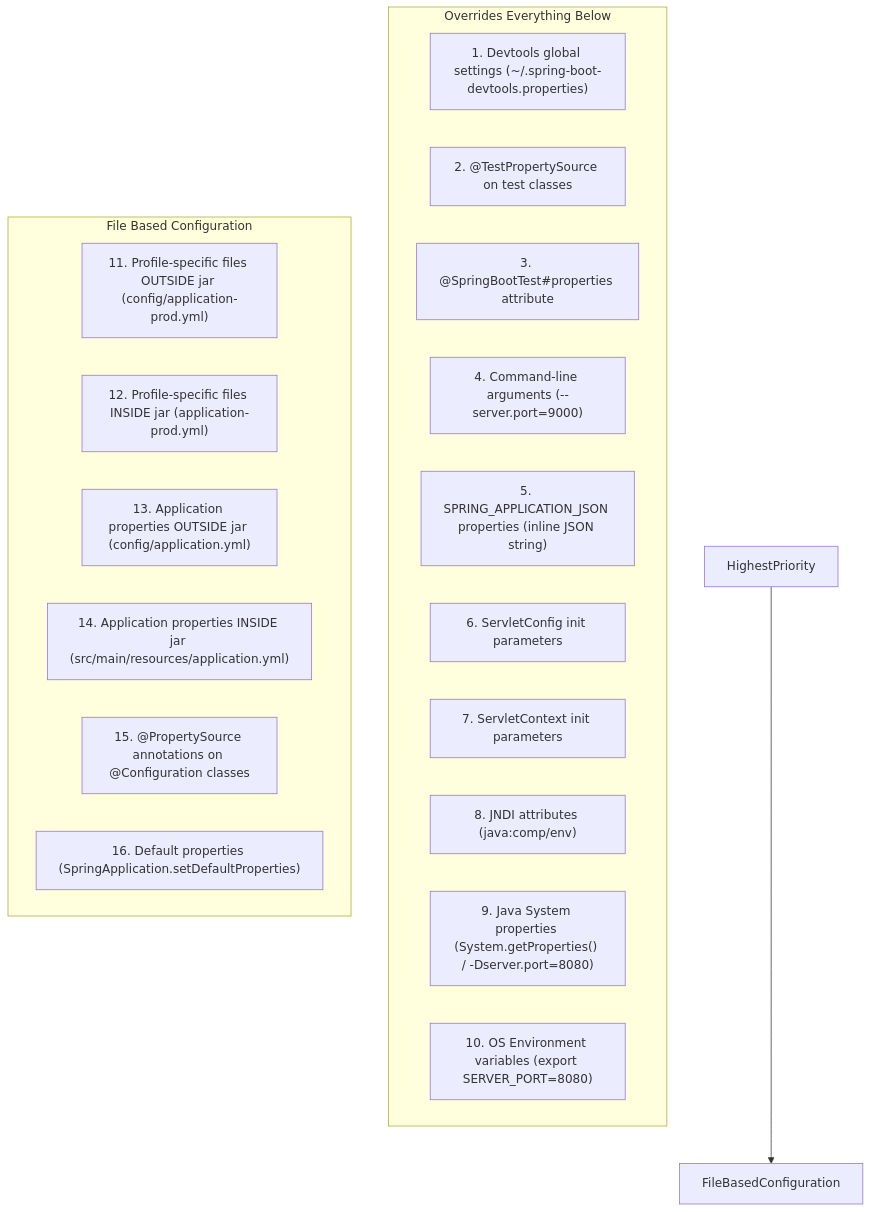
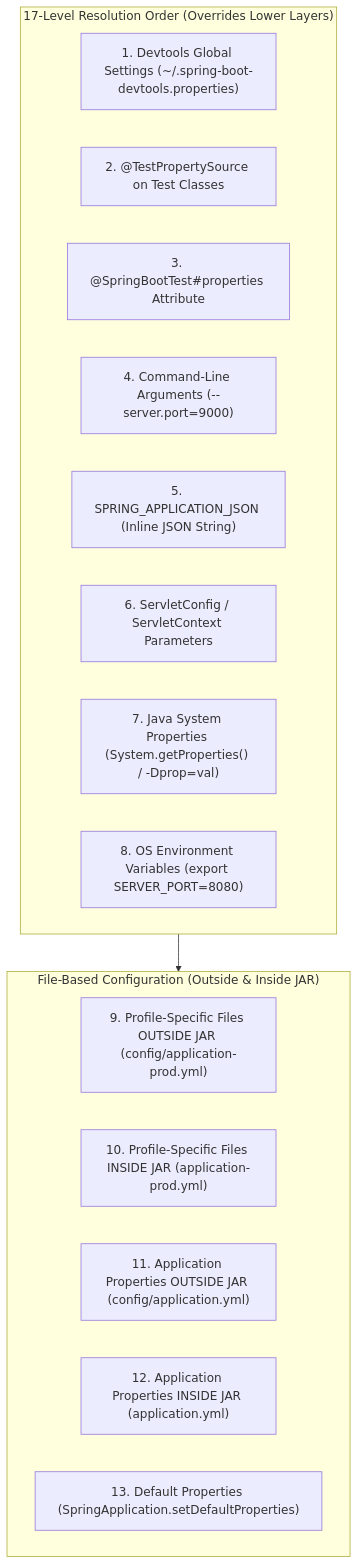
One commit to weaponxwolf/backend-engineering-mastry changed the third of 4 diagrams in docs/spring-boot/config-profiles.mdx. Above: the diagram before and after it, drawn with Mermaid. The commit also changed other lines of this file and 16 other files, not shown here.

````diff
--- a/docs/spring-boot/config-profiles.mdx
+++ b/docs/spring-boot/config-profiles.mdx
@@ -23,24 +142,23 @@
 ```mermaid
 graph TD
-    subgraph Highest Priority [Overrides Everything Below]
-        P1["1. Devtools global settings (~/.spring-boot-devtools.properties)"]
-        P2["2. @TestPropertySource on test classes"]
-        P3["3. @SpringBootTest#properties attribute"]
-        P4["4. Command-line arguments (--server.port=9000)"]
-        P5["5. SPRING_APPLICATION_JSON properties (inline JSON string)"]
-        P6["6. ServletConfig init parameters"]
-        P7["7. ServletContext init parameters"]
-        P8["8. JNDI attributes (java:comp/env)"]
-        P9["9. Java System properties (System.getProperties() / -Dserver.port=8080)"]
-        P10["10. OS Environment variables (export SERVER_PORT=8080)"]
+    subgraph HighestPrecedence ["17-Level Resolution Order (Overrides Lower Layers)"]
+        L1["1. Devtools Global Settings (~/.spring-boot-devtools.properties)"]
+        L2["2. @TestPropertySource on Test Classes"]
+        L3["3. @SpringBootTest#properties Attribute"]
+        L4["4. Command-Line Arguments (--server.port=9000)"]
+        L5["5. SPRING_APPLICATION_JSON (Inline JSON String)"]
+        L6["6. ServletConfig / ServletContext Parameters"]
+        L7["7. Java System Properties (System.getProperties() / -Dprop=val)"]
+        L8["8. OS Environment Variables (export SERVER_PORT=8080)"]
     end
-    subgraph File Based Configuration
-        P11["11. Profile-specific files OUTSIDE jar (config/application-prod.yml)"]
-        P12["12. Profile-specific files INSIDE jar (application-prod.yml)"]
-        P13["13. Application properties OUTSIDE jar (config/application.yml)"]
-        P14["14. Application properties INSIDE jar (src/main/resources/application.yml)"]
-        P15["15. @PropertySource annotations on @Configuration classes"]
-        P16["16. Default properties (SpringApplication.setDefaultProperties)"]
+
+    subgraph FilePrecedence ["File-Based Configuration (Outside & Inside JAR)"]
+        L9["9. Profile-Specific Files OUTSIDE JAR (config/application-prod.yml)"]
+        L10["10. Profile-Specific Files INSIDE JAR (application-prod.yml)"]
+        L11["11. Application Properties OUTSIDE JAR (config/application.yml)"]
+        L12["12. Application Properties INSIDE JAR (application.yml)"]
+        L13["13. Default Properties (SpringApplication.setDefaultProperties)"]
     end
-    HighestPriority --> FileBasedConfiguration
+
+    HighestPrecedence --> FilePrecedence
 ```
````
